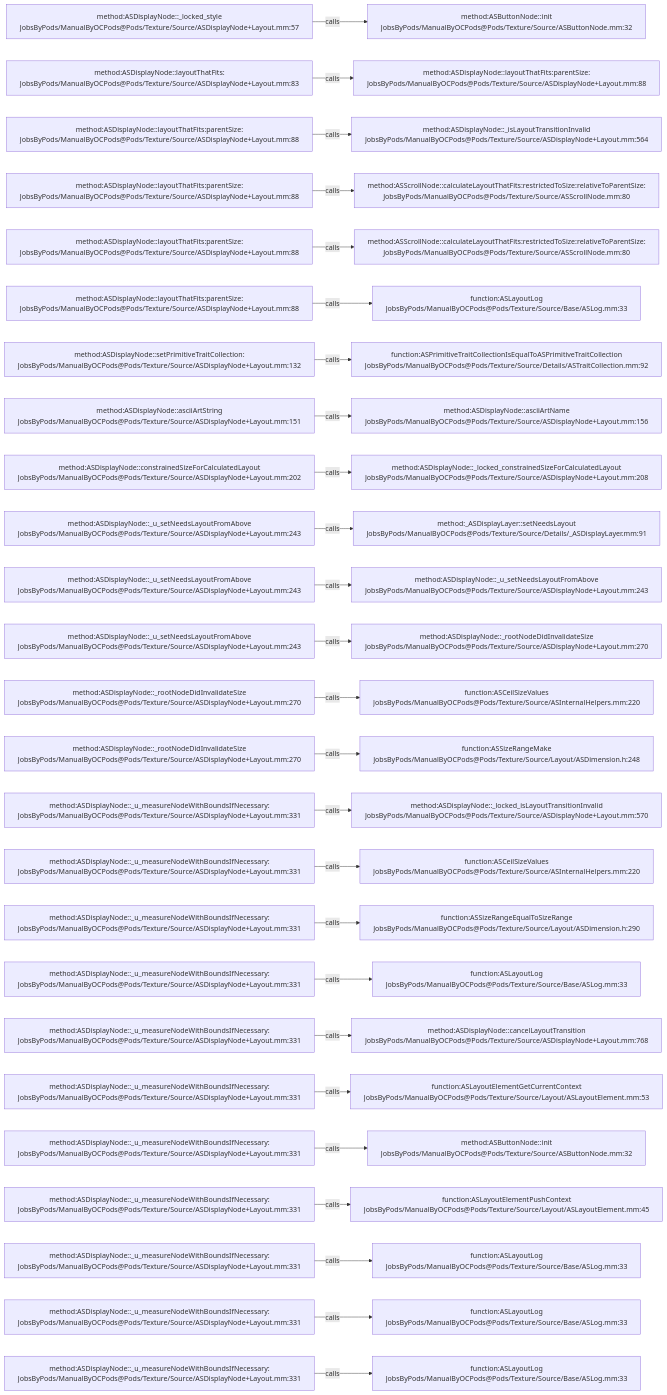
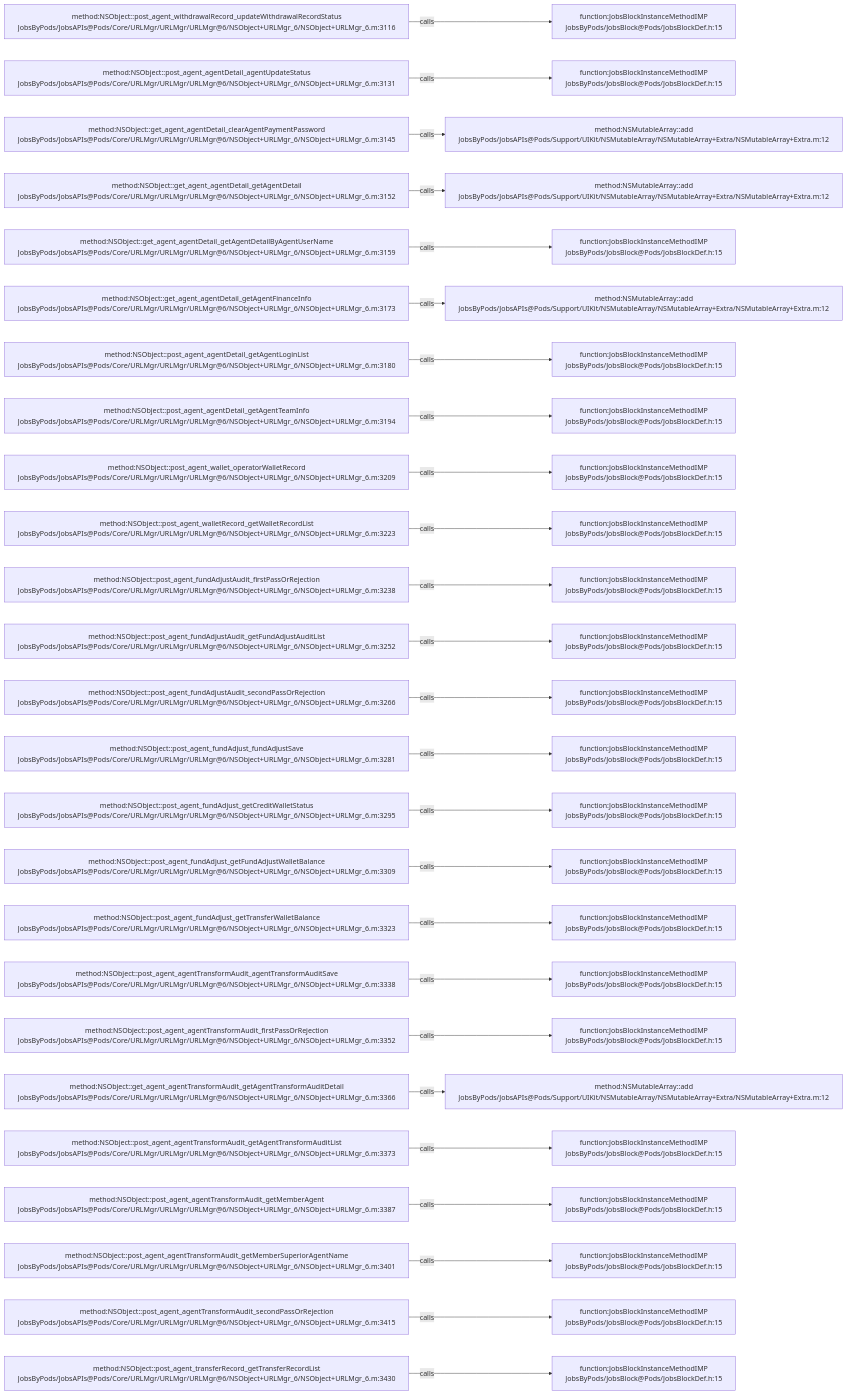
Before and after one commit to JobsKits/JobsOCBaseConfigDemo: the diagram in .codegraph/codegraph.md/graphs/calls-076.md, drawn with Mermaid. The commit also changed 768 other files, not shown here.

````diff
--- a/.codegraph/codegraph.md/graphs/calls-076.md
+++ b/.codegraph/codegraph.md/graphs/calls-076.md
@@ -13,78 +13,78 @@
 ```mermaid
 flowchart LR
-  S1["method:ASDisplayNode::_locked_style<br/>JobsByPods/ManualByOCPods@Pods/Texture/Source/ASDisplayNode+Layout.mm:57"]
-  T1["method:ASButtonNode::init<br/>JobsByPods/ManualByOCPods@Pods/Texture/Source/ASButtonNode.mm:32"]
+  S1["method:NSObject::post_agent_withdrawalRecord_updateWithdrawalRecordStatus<br/>JobsByPods/JobsAPIs@Pods/Core/URLMgr/URLMgr/URLMgr@6/NSObject+URLMgr_6/NSObject+URLMgr_6.m:3116"]
+  T1["function:JobsBlockInstanceMethodIMP<br/>JobsByPods/JobsBlock@Pods/JobsBlockDef.h:15"]
   S1 -->|calls| T1
-  S2["method:ASDisplayNode::layoutThatFits:<br/>JobsByPods/ManualByOCPods@Pods/Texture/Source/ASDisplayNode+Layout.mm:83"]
-  T2["method:ASDisplayNode::layoutThatFits:parentSize:<br/>JobsByPods/ManualByOCPods@Pods/Texture/Source/ASDisplayNode+Layout.mm:88"]
+  S2["method:NSObject::post_agent_agentDetail_agentUpdateStatus<br/>JobsByPods/JobsAPIs@Pods/Core/URLMgr/URLMgr/URLMgr@6/NSObject+URLMgr_6/NSObject+URLMgr_6.m:3131"]
+  T2["function:JobsBlockInstanceMethodIMP<br/>JobsByPods/JobsBlock@Pods/JobsBlockDef.h:15"]
   S2 -->|calls| T2
-  S3["method:ASDisplayNode::layoutThatFits:parentSize:<br/>JobsByPods/ManualByOCPods@Pods/Texture/Source/ASDisplayNode+Layout.mm:88"]
-  T3["method:ASDisplayNode::_isLayoutTransitionInvalid<br/>JobsByPods/ManualByOCPods@Pods/Texture/Source/ASDisplayNode+Layout.mm:564"]
+  S3["method:NSObject::get_agent_agentDetail_clearAgentPaymentPassword<br/>JobsByPods/JobsAPIs@Pods/Core/URLMgr/URLMgr/URLMgr@6/NSObject+URLMgr_6/NSObject+URLMgr_6.m:3145"]
+  T3["method:NSMutableArray::add<br/>JobsByPods/JobsAPIs@Pods/Support/UIKit/NSMutableArray/NSMutableArray+Extra/NSMutableArray+Extra.m:12"]
   S3 -->|calls| T3
-  S4["method:ASDisplayNode::layoutThatFits:parentSize:<br/>JobsByPods/ManualByOCPods@Pods/Texture/Source/ASDisplayNode+Layout.mm:88"]
-  T4["method:ASScrollNode::calculateLayoutThatFits:restrictedToSize:relativeToParentSize:<br/>JobsByPods/ManualByOCPods@Pods/Texture/Source/ASScrollNode.mm:80"]
+  S4["method:NSObject::get_agent_agentDetail_getAgentDetail<br/>JobsByPods/JobsAPIs@Pods/Core/URLMgr/URLMgr/URLMgr@6/NSObject+URLMgr_6/NSObject+URLMgr_6.m:3152"]
+  T4["method:NSMutableArray::add<br/>JobsByPods/JobsAPIs@Pods/Support/UIKit/NSMutableArray/NSMutableArray+Extra/NSMutableArray+Extra.m:12"]
   S4 -->|calls| T4
-  S5["method:ASDisplayNode::layoutThatFits:parentSize:<br/>JobsByPods/ManualByOCPods@Pods/Texture/Source/ASDisplayNode+Layout.mm:88"]
-  T5["method:ASScrollNode::calculateLayoutThatFits:restrictedToSize:relativeToParentSize:<br/>JobsByPods/ManualByOCPods@Pods/Texture/Source/ASScrollNode.mm:80"]
+  S5["method:NSObject::get_agent_agentDetail_getAgentDetailByAgentUserName<br/>JobsByPods/JobsAPIs@Pods/Core/URLMgr/URLMgr/URLMgr@6/NSObject+URLMgr_6/NSObject+URLMgr_6.m:3159"]
+  T5["function:JobsBlockInstanceMethodIMP<br/>JobsByPods/JobsBlock@Pods/JobsBlockDef.h:15"]
   S5 -->|calls| T5
-  S6["method:ASDisplayNode::layoutThatFits:parentSize:<br/>JobsByPods/ManualByOCPods@Pods/Texture/Source/ASDisplayNode+Layout.mm:88"]
-  T6["function:ASLayoutLog<br/>JobsByPods/ManualByOCPods@Pods/Texture/Source/Base/ASLog.mm:33"]
+  S6["method:NSObject::get_agent_agentDetail_getAgentFinanceInfo<br/>JobsByPods/JobsAPIs@Pods/Core/URLMgr/URLMgr/URLMgr@6/NSObject+URLMgr_6/NSObject+URLMgr_6.m:3173"]
+  T6["method:NSMutableArray::add<br/>JobsByPods/JobsAPIs@Pods/Support/UIKit/NSMutableArray/NSMutableArray+Extra/NSMutableArray+Extra.m:12"]
   S6 -->|calls| T6
-  S7["method:ASDisplayNode::setPrimitiveTraitCollection:<br/>JobsByPods/ManualByOCPods@Pods/Texture/Source/ASDisplayNode+Layout.mm:132"]
-  T7["function:ASPrimitiveTraitCollectionIsEqualToASPrimitiveTraitCollection<br/>JobsByPods/ManualByOCPods@Pods/Texture/Source/Details/ASTraitCollection.mm:92"]
+  S7["method:NSObject::post_agent_agentDetail_getAgentLoginList<br/>JobsByPods/JobsAPIs@Pods/Core/URLMgr/URLMgr/URLMgr@6/NSObject+URLMgr_6/NSObject+URLMgr_6.m:3180"]
+  T7["function:JobsBlockInstanceMethodIMP<br/>JobsByPods/JobsBlock@Pods/JobsBlockDef.h:15"]
   S7 -->|calls| T7
-  S8["method:ASDisplayNode::asciiArtString<br/>JobsByPods/ManualByOCPods@Pods/Texture/Source/ASDisplayNode+Layout.mm:151"]
-  T8["method:ASDisplayNode::asciiArtName<br/>JobsByPods/ManualByOCPods@Pods/Texture/Source/ASDisplayNode+Layout.mm:156"]
+  S8["method:NSObject::post_agent_agentDetail_getAgentTeamInfo<br/>JobsByPods/JobsAPIs@Pods/Core/URLMgr/URLMgr/URLMgr@6/NSObject+URLMgr_6/NSObject+URLMgr_6.m:3194"]
+  T8["function:JobsBlockInstanceMethodIMP<br/>JobsByPods/JobsBlock@Pods/JobsBlockDef.h:15"]
   S8 -->|calls| T8
-  S9["method:ASDisplayNode::constrainedSizeForCalculatedLayout<br/>JobsByPods/ManualByOCPods@Pods/Texture/Source/ASDisplayNode+Layout.mm:202"]
-  T9["method:ASDisplayNode::_locked_constrainedSizeForCalculatedLayout<br/>JobsByPods/ManualByOCPods@Pods/Texture/Source/ASDisplayNode+Layout.mm:208"]
+  S9["method:NSObject::post_agent_wallet_operatorWalletRecord<br/>JobsByPods/JobsAPIs@Pods/Core/URLMgr/URLMgr/URLMgr@6/NSObject+URLMgr_6/NSObject+URLMgr_6.m:3209"]
+  T9["function:JobsBlockInstanceMethodIMP<br/>JobsByPods/JobsBlock@Pods/JobsBlockDef.h:15"]
   S9 -->|calls| T9
-  S10["method:ASDisplayNode::_u_setNeedsLayoutFromAbove<br/>JobsByPods/ManualByOCPods@Pods/Texture/Source/ASDisplayNode+Layout.mm:243"]
-  T10["method:_ASDisplayLayer::setNeedsLayout<br/>JobsByPods/ManualByOCPods@Pods/Texture/Source/Details/_ASDisplayLayer.mm:91"]
+  S10["method:NSObject::post_agent_walletRecord_getWalletRecordList<br/>JobsByPods/JobsAPIs@Pods/Core/URLMgr/URLMgr/URLMgr@6/NSObject+URLMgr_6/NSObject+URLMgr_6.m:3223"]
+  T10["function:JobsBlockInstanceMethodIMP<br/>JobsByPods/JobsBlock@Pods/JobsBlockDef.h:15"]
   S10 -->|calls| T10
-  S11["method:ASDisplayNode::_u_setNeedsLayoutFromAbove<br/>JobsByPods/ManualByOCPods@Pods/Texture/Source/ASDisplayNode+Layout.mm:243"]
-  T11["method:ASDisplayNode::_u_setNeedsLayoutFromAbove<br/>JobsByPods/ManualByOCPods@Pods/Texture/Source/ASDisplayNode+Layout.mm:243"]
+  S11["method:NSObject::post_agent_fundAdjustAudit_firstPassOrRejection<br/>JobsByPods/JobsAPIs@Pods/Core/URLMgr/URLMgr/URLMgr@6/NSObject+URLMgr_6/NSObject+URLMgr_6.m:3238"]
+  T11["function:JobsBlockInstanceMethodIMP<br/>JobsByPods/JobsBlock@Pods/JobsBlockDef.h:15"]
   S11 -->|calls| T11
-  S12["method:ASDisplayNode::_u_setNeedsLayoutFromAbove<br/>JobsByPods/ManualByOCPods@Pods/Texture/Source/ASDisplayNode+Layout.mm:243"]
-  T12["method:ASDisplayNode::_rootNodeDidInvalidateSize<br/>JobsByPods/ManualByOCPods@Pods/Texture/Source/ASDisplayNode+Layout.mm:270"]
+  S12["method:NSObject::post_agent_fundAdjustAudit_getFundAdjustAuditList<br/>JobsByPods/JobsAPIs@Pods/Core/URLMgr/URLMgr/URLMgr@6/NSObject+URLMgr_6/NSObject+URLMgr_6.m:3252"]
+  T12["function:JobsBlockInstanceMethodIMP<br/>JobsByPods/JobsBlock@Pods/JobsBlockDef.h:15"]
   S12 -->|calls| T12
-  S13["method:ASDisplayNode::_rootNodeDidInvalidateSize<br/>JobsByPods/ManualByOCPods@Pods/Texture/Source/ASDisplayNode+Layout.mm:270"]
-  T13["function:ASCeilSizeValues<br/>JobsByPods/ManualByOCPods@Pods/Texture/Source/ASInternalHelpers.mm:220"]
+  S13["method:NSObject::post_agent_fundAdjustAudit_secondPassOrRejection<br/>JobsByPods/JobsAPIs@Pods/Core/URLMgr/URLMgr/URLMgr@6/NSObject+URLMgr_6/NSObject+URLMgr_6.m:3266"]
+  T13["function:JobsBlockInstanceMethodIMP<br/>JobsByPods/JobsBlock@Pods/JobsBlockDef.h:15"]
   S13 -->|calls| T13
-  S14["method:ASDisplayNode::_rootNodeDidInvalidateSize<br/>JobsByPods/ManualByOCPods@Pods/Texture/Source/ASDisplayNode+Layout.mm:270"]
-  T14["function:ASSizeRangeMake<br/>JobsByPods/ManualByOCPods@Pods/Texture/Source/Layout/ASDimension.h:248"]
+  S14["method:NSObject::post_agent_fundAdjust_fundAdjustSave<br/>JobsByPods/JobsAPIs@Pods/Core/URLMgr/URLMgr/URLMgr@6/NSObject+URLMgr_6/NSObject+URLMgr_6.m:3281"]
+  T14["function:JobsBlockInstanceMethodIMP<br/>JobsByPods/JobsBlock@Pods/JobsBlockDef.h:15"]
   S14 -->|calls| T14
-  S15["method:ASDisplayNode::_u_measureNodeWithBoundsIfNecessary:<br/>JobsByPods/ManualByOCPods@Pods/Texture/Source/ASDisplayNode+Layout.mm:331"]
-  T15["method:ASDisplayNode::_locked_isLayoutTransitionInvalid<br/>JobsByPods/ManualByOCPods@Pods/Texture/Source/ASDisplayNode+Layout.mm:570"]
+  S15["method:NSObject::post_agent_fundAdjust_getCreditWalletStatus<br/>JobsByPods/JobsAPIs@Pods/Core/URLMgr/URLMgr/URLMgr@6/NSObject+URLMgr_6/NSObject+URLMgr_6.m:3295"]
+  T15["function:JobsBlockInstanceMethodIMP<br/>JobsByPods/JobsBlock@Pods/JobsBlockDef.h:15"]
   S15 -->|calls| T15
-  S16["method:ASDisplayNode::_u_measureNodeWithBoundsIfNecessary:<br/>JobsByPods/ManualByOCPods@Pods/Texture/Source/ASDisplayNode+Layout.mm:331"]
-  T16["function:ASCeilSizeValues<br/>JobsByPods/ManualByOCPods@Pods/Texture/Source/ASInternalHelpers.mm:220"]
+  S16["method:NSObject::post_agent_fundAdjust_getFundAdjustWalletBalance<br/>JobsByPods/JobsAPIs@Pods/Core/URLMgr/URLMgr/URLMgr@6/NSObject+URLMgr_6/NSObject+URLMgr_6.m:3309"]
+  T16["function:JobsBlockInstanceMethodIMP<br/>JobsByPods/JobsBlock@Pods/JobsBlockDef.h:15"]
   S16 -->|calls| T16
-  S17["method:ASDisplayNode::_u_measureNodeWithBoundsIfNecessary:<br/>JobsByPods/ManualByOCPods@Pods/Texture/Source/ASDisplayNode+Layout.mm:331"]
-  T17["function:ASSizeRangeEqualToSizeRange<br/>JobsByPods/ManualByOCPods@Pods/Texture/Source/Layout/ASDimension.h:290"]
+  S17["method:NSObject::post_agent_fundAdjust_getTransferWalletBalance<br/>JobsByPods/JobsAPIs@Pods/Core/URLMgr/URLMgr/URLMgr@6/NSObject+URLMgr_6/NSObject+URLMgr_6.m:3323"]
+  T17["function:JobsBlockInstanceMethodIMP<br/>JobsByPods/JobsBlock@Pods/JobsBlockDef.h:15"]
   S17 -->|calls| T17
-  S18["method:ASDisplayNode::_u_measureNodeWithBoundsIfNecessary:<br/>JobsByPods/ManualByOCPods@Pods/Texture/Source/ASDisplayNode+Layout.mm:331"]
-  T18["function:ASLayoutLog<br/>JobsByPods/ManualByOCPods@Pods/Texture/Source/Base/ASLog.mm:33"]
+  S18["method:NSObject::post_agent_agentTransformAudit_agentTransformAuditSave<br/>JobsByPods/JobsAPIs@Pods/Core/URLMgr/URLMgr/URLMgr@6/NSObject+URLMgr_6/NSObject+URLMgr_6.m:3338"]
+  T18["function:JobsBlockInstanceMethodIMP<br/>JobsByPods/JobsBlock@Pods/JobsBlockDef.h:15"]
   S18 -->|calls| T18
-  S19["method:ASDisplayNode::_u_measureNodeWithBoundsIfNecessary:<br/>JobsByPods/ManualByOCPods@Pods/Texture/Source/ASDisplayNode+Layout.mm:331"]
-  T19["method:ASDisplayNode::cancelLayoutTransition<br/>JobsByPods/ManualByOCPods@Pods/Texture/Source/ASDisplayNode+Layout.mm:768"]
+  S19["method:NSObject::post_agent_agentTransformAudit_firstPassOrRejection<br/>JobsByPods/JobsAPIs@Pods/Core/URLMgr/URLMgr/URLMgr@6/NSObject+URLMgr_6/NSObject+URLMgr_6.m:3352"]
+  T19["function:JobsBlockInstanceMethodIMP<br/>JobsByPods/JobsBlock@Pods/JobsBlockDef.h:15"]
   S19 -->|calls| T19
-  S20["method:ASDisplayNode::_u_measureNodeWithBoundsIfNecessary:<br/>JobsByPods/ManualByOCPods@Pods/Texture/Source/ASDisplayNode+Layout.mm:331"]
-  T20["function:ASLayoutElementGetCurrentContext<br/>JobsByPods/ManualByOCPods@Pods/Texture/Source/Layout/ASLayoutElement.mm:53"]
+  S20["method:NSObject::get_agent_agentTransformAudit_getAgentTransformAuditDetail<br/>JobsByPods/JobsAPIs@Pods/Core/URLMgr/URLMgr/URLMgr@6/NSObject+URLMgr_6/NSObject+URLMgr_6.m:3366"]
+  T20["method:NSMutableArray::add<br/>JobsByPods/JobsAPIs@Pods/Support/UIKit/NSMutableArray/NSMutableArray+Extra/NSMutableArray+Extra.m:12"]
   S20 -->|calls| T20
-  S21["method:ASDisplayNode::_u_measureNodeWithBoundsIfNecessary:<br/>JobsByPods/ManualByOCPods@Pods/Texture/Source/ASDisplayNode+Layout.mm:331"]
-  T21["method:ASButtonNode::init<br/>JobsByPods/ManualByOCPods@Pods/Texture/Source/ASButtonNode.mm:32"]
+  S21["method:NSObject::post_agent_agentTransformAudit_getAgentTransformAuditList<br/>JobsByPods/JobsAPIs@Pods/Core/URLMgr/URLMgr/URLMgr@6/NSObject+URLMgr_6/NSObject+URLMgr_6.m:3373"]
+  T21["function:JobsBlockInstanceMethodIMP<br/>JobsByPods/JobsBlock@Pods/JobsBlockDef.h:15"]
   S21 -->|calls| T21
-  S22["method:ASDisplayNode::_u_measureNodeWithBoundsIfNecessary:<br/>JobsByPods/ManualByOCPods@Pods/Texture/Source/ASDisplayNode+Layout.mm:331"]
-  T22["function:ASLayoutElementPushContext<br/>JobsByPods/ManualByOCPods@Pods/Texture/Source/Layout/ASLayoutElement.mm:45"]
+  S22["method:NSObject::post_agent_agentTransformAudit_getMemberAgent<br/>JobsByPods/JobsAPIs@Pods/Core/URLMgr/URLMgr/URLMgr@6/NSObject+URLMgr_6/NSObject+URLMgr_6.m:3387"]
+  T22["function:JobsBlockInstanceMethodIMP<br/>JobsByPods/JobsBlock@Pods/JobsBlockDef.h:15"]
   S22 -->|calls| T22
-  S23["method:ASDisplayNode::_u_measureNodeWithBoundsIfNecessary:<br/>JobsByPods/ManualByOCPods@Pods/Texture/Source/ASDisplayNode+Layout.mm:331"]
-  T23["function:ASLayoutLog<br/>JobsByPods/ManualByOCPods@Pods/Texture/Source/Base/ASLog.mm:33"]
+  S23["method:NSObject::post_agent_agentTransformAudit_getMemberSuperiorAgentName<br/>JobsByPods/JobsAPIs@Pods/Core/URLMgr/URLMgr/URLMgr@6/NSObject+URLMgr_6/NSObject+URLMgr_6.m:3401"]
+  T23["function:JobsBlockInstanceMethodIMP<br/>JobsByPods/JobsBlock@Pods/JobsBlockDef.h:15"]
   S23 -->|calls| T23
-  S24["method:ASDisplayNode::_u_measureNodeWithBoundsIfNecessary:<br/>JobsByPods/ManualByOCPods@Pods/Texture/Source/ASDisplayNode+Layout.mm:331"]
-  T24["function:ASLayoutLog<br/>JobsByPods/ManualByOCPods@Pods/Texture/Source/Base/ASLog.mm:33"]
+  S24["method:NSObject::post_agent_agentTransformAudit_secondPassOrRejection<br/>JobsByPods/JobsAPIs@Pods/Core/URLMgr/URLMgr/URLMgr@6/NSObject+URLMgr_6/NSObject+URLMgr_6.m:3415"]
+  T24["function:JobsBlockInstanceMethodIMP<br/>JobsByPods/JobsBlock@Pods/JobsBlockDef.h:15"]
   S24 -->|calls| T24
-  S25["method:ASDisplayNode::_u_measureNodeWithBoundsIfNecessary:<br/>JobsByPods/ManualByOCPods@Pods/Texture/Source/ASDisplayNode+Layout.mm:331"]
-  T25["function:ASLayoutLog<br/>JobsByPods/ManualByOCPods@Pods/Texture/Source/Base/ASLog.mm:33"]
+  S25["method:NSObject::post_agent_transferRecord_getTransferRecordList<br/>JobsByPods/JobsAPIs@Pods/Core/URLMgr/URLMgr/URLMgr@6/NSObject+URLMgr_6/NSObject+URLMgr_6.m:3430"]
+  T25["function:JobsBlockInstanceMethodIMP<br/>JobsByPods/JobsBlock@Pods/JobsBlockDef.h:15"]
   S25 -->|calls| T25
 ```
````
